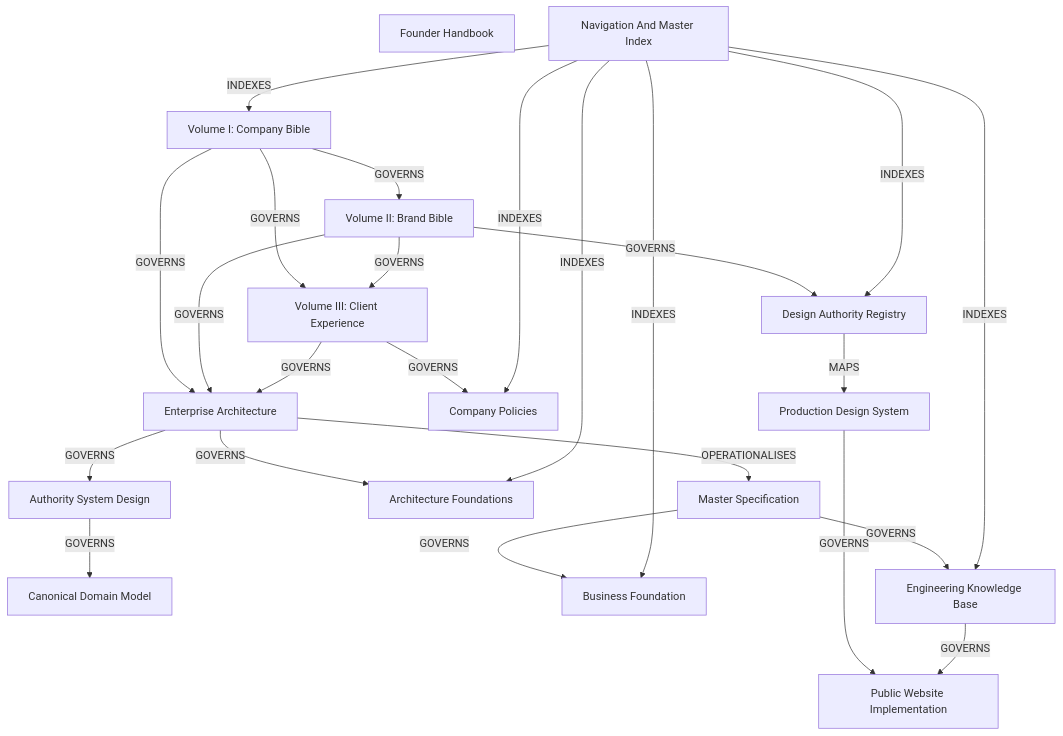
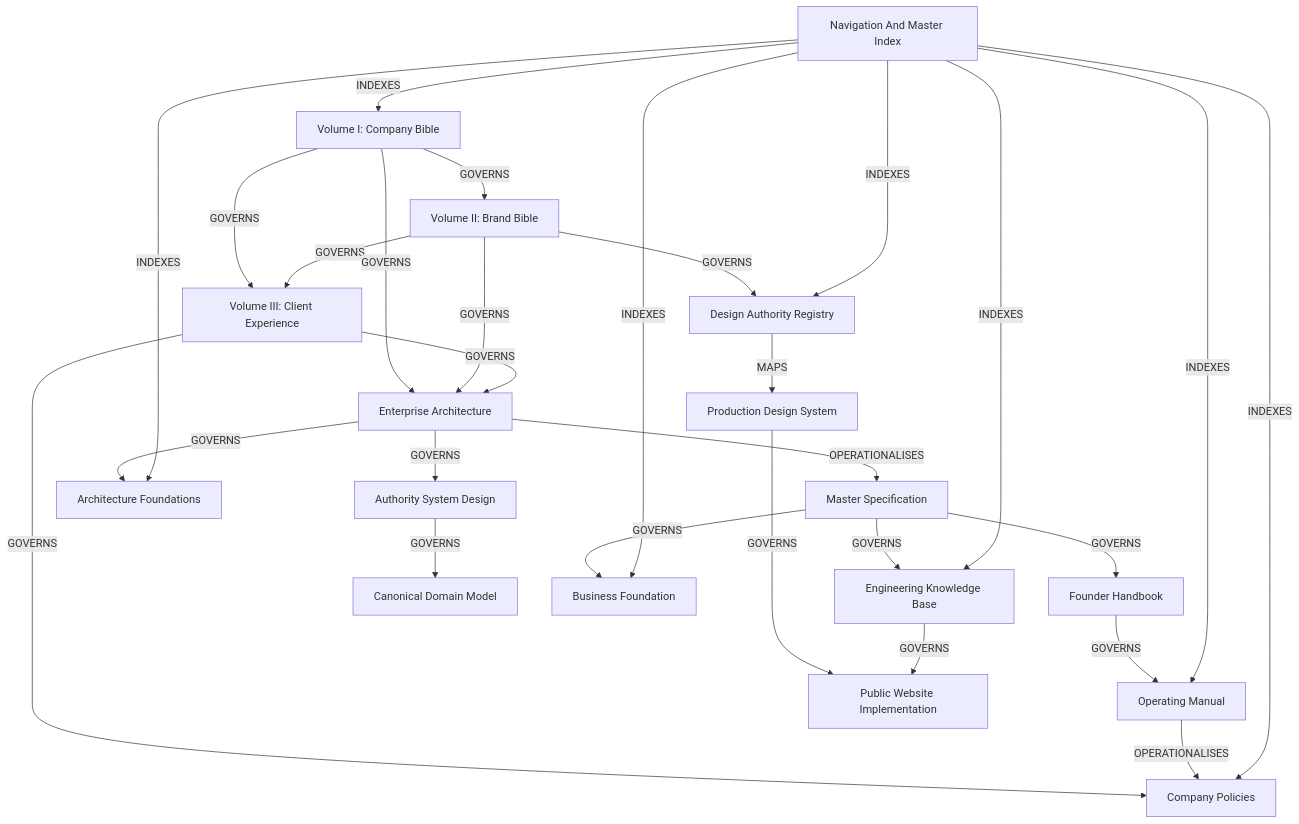
One commit to ExT-Yeredey/ysworks-web changed the first of 2 diagrams in docs/navigation/DOCUMENT_GRAPH.md. Above: the diagram before and after it, drawn with Mermaid. The commit also changed 23 other files, not shown here.

Commit message:
docs: integrate YSWORKS Operating Manual v1.0

````diff
--- a/docs/navigation/DOCUMENT_GRAPH.md
+++ b/docs/navigation/DOCUMENT_GRAPH.md
@@ -27,43 +27,48 @@
 ```mermaid
 flowchart TD
     V1[Volume I: Company Bible]
     V2[Volume II: Brand Bible]
     V3[Volume III: Client Experience]
     EA[Enterprise Architecture]
     MS[Master Specification]
     FH[Founder Handbook]
+    OM[Operating Manual]
     ARCH[Architecture Foundations]
     AMAA[Authority System Design]
     CDM[Canonical Domain Model]
     COMPANY[Company Policies]
     BUSINESS[Business Foundation]
     DESIGN[Design Authority Registry]
     DS[Production Design System]
     KB[Engineering Knowledge Base]
     CODE[Public Website Implementation]
     NAV[Navigation And Master Index]
 
     V1 -->|GOVERNS| V2
     V1 -->|GOVERNS| V3
     V2 -->|GOVERNS| V3
     V1 -->|GOVERNS| EA
     V2 -->|GOVERNS| EA
     V3 -->|GOVERNS| EA
     EA -->|OPERATIONALISES| MS
+    MS -->|GOVERNS| FH
+    FH -->|GOVERNS| OM
     EA -->|GOVERNS| ARCH
     EA -->|GOVERNS| AMAA
     AMAA -->|GOVERNS| CDM
     V3 -->|GOVERNS| COMPANY
+    OM -->|OPERATIONALISES| COMPANY
     MS -->|GOVERNS| BUSINESS
     V2 -->|GOVERNS| DESIGN
     DESIGN -->|MAPS| DS
     MS -->|GOVERNS| KB
     DS -->|GOVERNS| CODE
     KB -->|GOVERNS| CODE
     NAV -->|INDEXES| V1
+    NAV -->|INDEXES| OM
     NAV -->|INDEXES| ARCH
     NAV -->|INDEXES| COMPANY
     NAV -->|INDEXES| BUSINESS
     NAV -->|INDEXES| DESIGN
     NAV -->|INDEXES| KB
 ```
````
